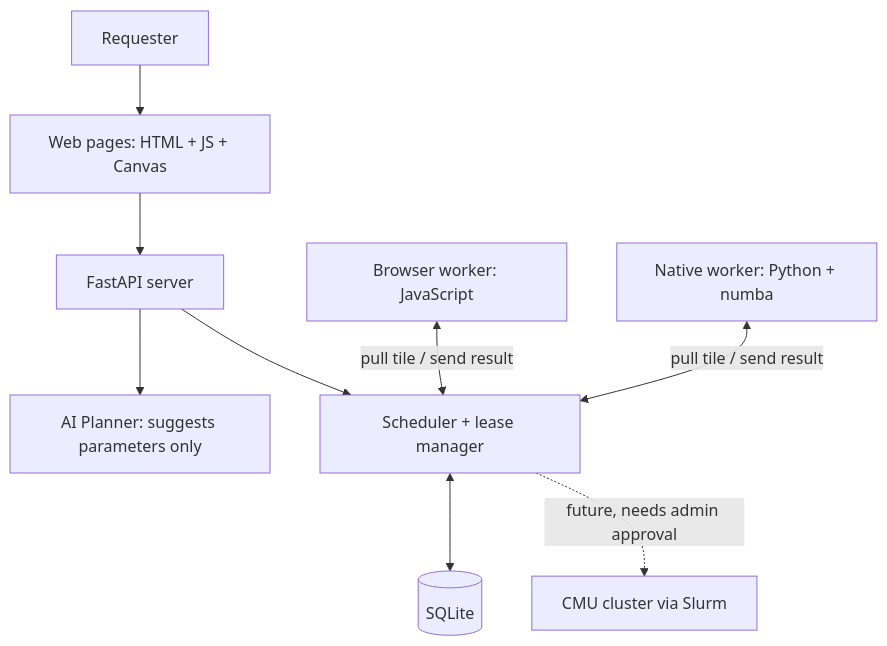
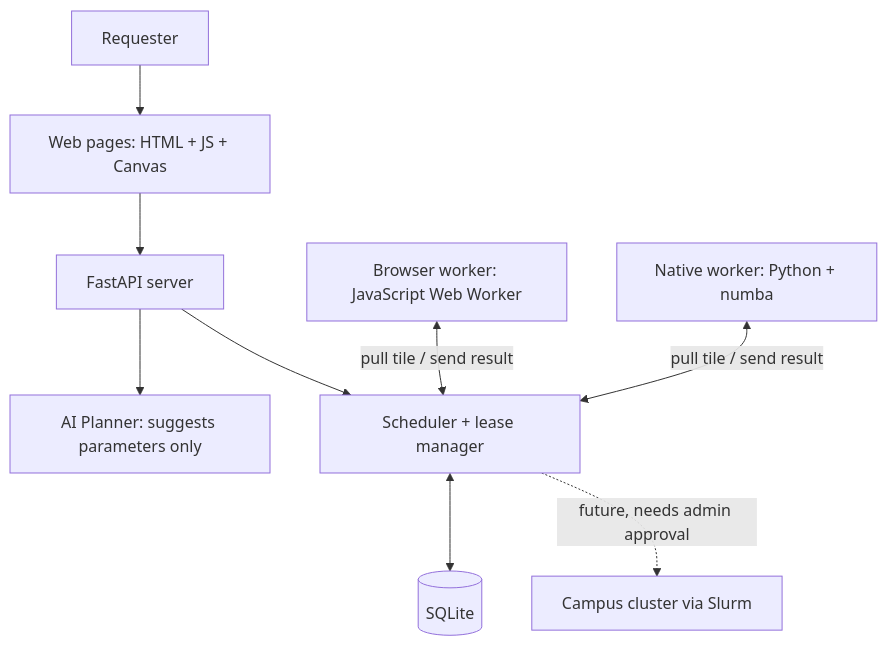
The diagram in README.md (yangzihan0806-cpu/nova), drawn with Mermaid before and after one commit. The commit also changed other lines of this file and 12 other files, not shown here.

````diff
--- a/README.md
+++ b/README.md
@@ -28,11 +25,11 @@
 ```mermaid
 flowchart TB
   U[Requester] --> UI[Web pages: HTML + JS + Canvas]
   UI --> API[FastAPI server]
   API --> P[AI Planner: suggests parameters only]
   API --> S[Scheduler + lease manager]
   S <--> DB[(SQLite)]
-  BW[Browser worker: JavaScript] <-->|pull tile / send result| S
+  BW[Browser worker: JavaScript Web Worker] <-->|pull tile / send result| S
   NW[Native worker: Python + numba] <-->|pull tile / send result| S
-  S -.->|future, needs admin approval| H[CMU cluster via Slurm]
+  S -.->|future, needs admin approval| H[Campus cluster via Slurm]
 ```
````
